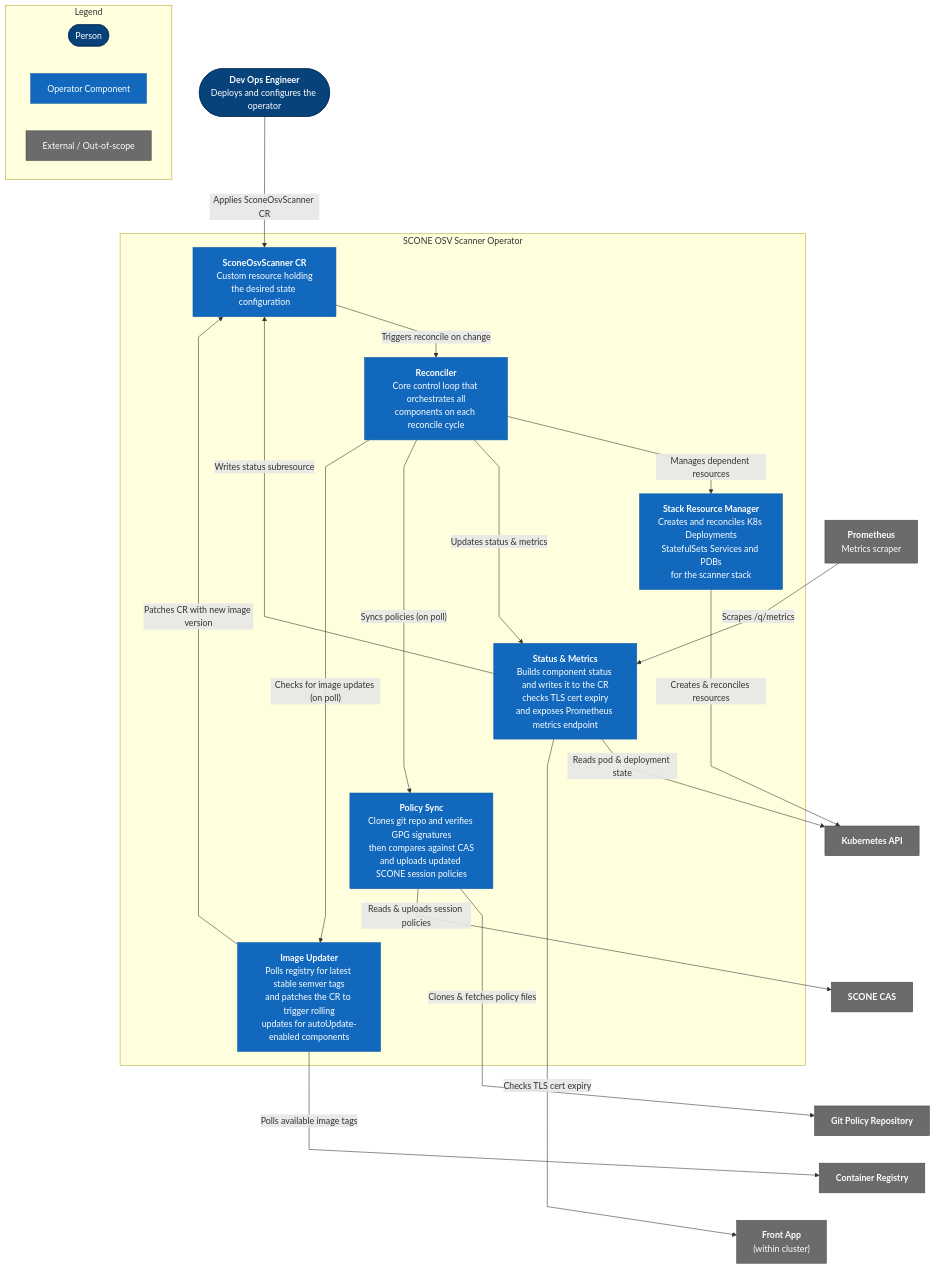
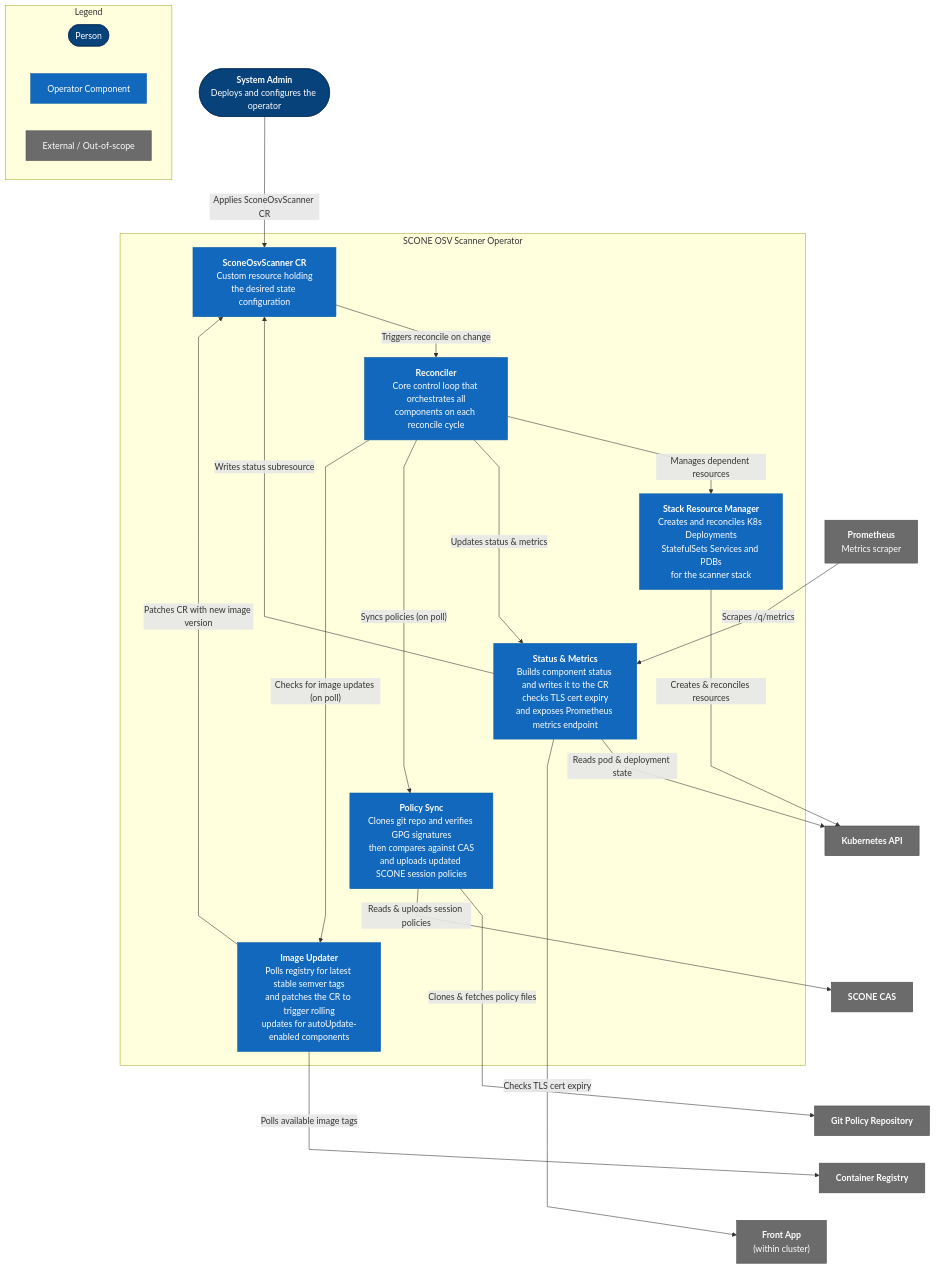
One commit to YoussefHenna/scone-osv-scanner-k8-operator changed the diagram in mermaid_diagram/c4_component.md. Above: the diagram before and after it, drawn with Mermaid. The commit also changed 3 other files, not shown here.

Commit message:
update process sequence diagram

````diff
--- a/mermaid_diagram/c4_component.md
+++ b/mermaid_diagram/c4_component.md
@@ -4,58 +4,58 @@
 ```mermaid
 %%{init: {"flowchart": {"curve": "linear"}}}%%
 flowchart TB
-    devops(["<b>Dev Ops Engineer</b><br/>Deploys and configures the operator"])
+    devops(["<b>System Admin</b><br/>Deploys and configures the operator"])
     prometheus["<b>Prometheus</b><br/>Metrics scraper"]
 
     subgraph system["SCONE OSV Scanner Operator"]
         cr["<b>SconeOsvScanner CR</b><br/>Custom resource holding<br/>the desired state configuration"]
         reconciler["<b>Reconciler</b><br/>Core control loop that orchestrates all<br/>components on each reconcile cycle"]
         stackManager["<b>Stack Resource Manager</b><br/>Creates and reconciles K8s Deployments<br/>StatefulSets Services and PDBs<br/>for the scanner stack"]
         statusMetrics["<b>Status & Metrics</b><br/>Builds component status and writes it to the CR<br/>checks TLS cert expiry<br/>and exposes Prometheus metrics endpoint"]
         policySync["<b>Policy Sync</b><br/>Clones git repo and verifies GPG signatures<br/>then compares against CAS<br/>and uploads updated SCONE session policies"]
         imageUpdater["<b>Image Updater</b><br/>Polls registry for latest stable semver tags<br/>and patches the CR to trigger rolling<br/>updates for autoUpdate-enabled components"]
     end
 
     k8sapi["<b>Kubernetes API</b>"]
     cas["<b>SCONE CAS</b>"]
     gitrepo["<b>Git Policy Repository</b>"]
     registry["<b>Container Registry</b>"]
     frontApp["<b>Front App</b><br/>(within cluster)"]
 
     subgraph legend["Legend"]
         l_person(["Person"])
         l_component["Operator Component"]
         l_external["External / Out-of-scope"]
     end
 
     devops -->|"Applies SconeOsvScanner CR"| cr
     cr -->|"Triggers reconcile on change"| reconciler
 
     reconciler -->|"Manages dependent resources"| stackManager
     reconciler -->|"Updates status & metrics"| statusMetrics
     reconciler -->|"Syncs policies (on poll)"| policySync
     reconciler -->|"Checks for image updates (on poll)"| imageUpdater
 
     stackManager -->|"Creates & reconciles resources"| k8sapi
     statusMetrics -->|"Reads pod & deployment state"| k8sapi
     statusMetrics -->|"Writes status subresource"| cr
     statusMetrics -->|"Checks TLS cert expiry"| frontApp
     prometheus -->|"Scrapes /q/metrics"| statusMetrics
 
     policySync -->|"Clones & fetches policy files"| gitrepo
     policySync -->|"Reads & uploads session policies"| cas
 
     imageUpdater -->|"Polls available image tags"| registry
     imageUpdater -->|"Patches CR with new image version"| cr
 
     stackManager ~~~ statusMetrics ~~~ policySync ~~~ imageUpdater
     k8sapi ~~~ cas ~~~ gitrepo ~~~ registry ~~~ frontApp
 
     classDef component fill:#1168bd,stroke:#0e5fa3,color:#fff
     classDef external fill:#6b6b6b,stroke:#4a4a4a,color:#fff
     classDef person fill:#08427b,stroke:#052e56,color:#fff
 
     class cr,reconciler,stackManager,statusMetrics,policySync,imageUpdater,l_component component
     class k8sapi,cas,gitrepo,registry,frontApp,prometheus,l_external external
     class devops,l_person person
 ```
````
